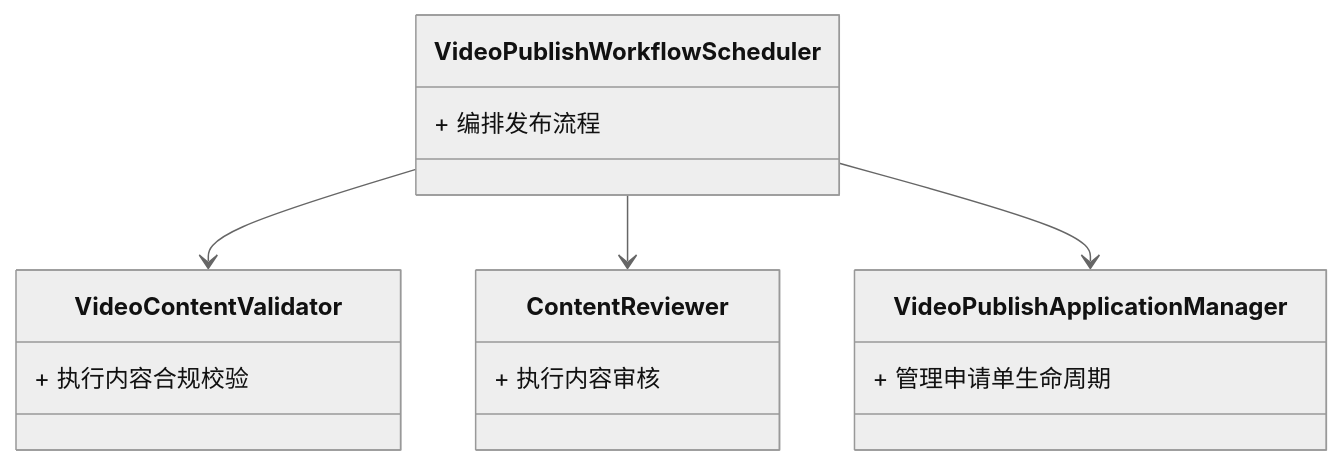
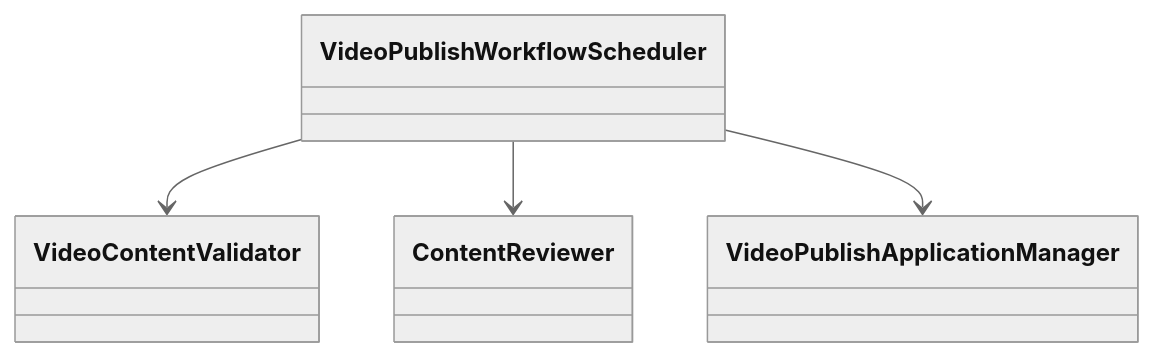
Before and after one commit to huang-xiao-jian/bluey: the diagram in skills/oo-design-naive/references/design-document-template.md, drawn with Mermaid (neutral theme). The commit also changed other lines of this file and 8 other files, not shown here.

````diff
--- a/skills/oo-design-naive/references/design-document-template.md
+++ b/skills/oo-design-naive/references/design-document-template.md
@@ -33,19 +23,11 @@
 ```mermaid
 classDiagram
-    class VideoPublishWorkflowScheduler {
-        + 编排发布流程
-    }
-    class VideoContentValidator {
-        + 执行内容合规校验
-    }
-    class ContentReviewer {
-        + 执行内容审核
-    }
-    class VideoPublishApplicationManager {
-        + 管理申请单生命周期
-    }
+    class VideoPublishWorkflowScheduler
+    class VideoContentValidator
+    class ContentReviewer
+    class VideoPublishApplicationManager
 
     VideoPublishWorkflowScheduler --> VideoContentValidator
     VideoPublishWorkflowScheduler --> ContentReviewer
     VideoPublishWorkflowScheduler --> VideoPublishApplicationManager
 ```
````
